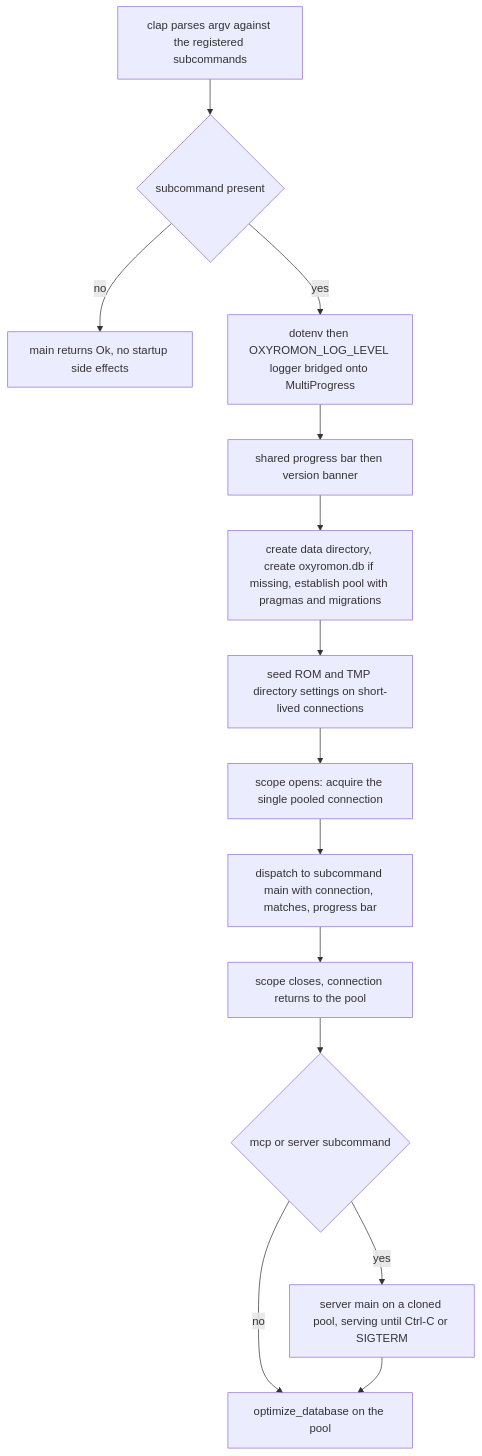
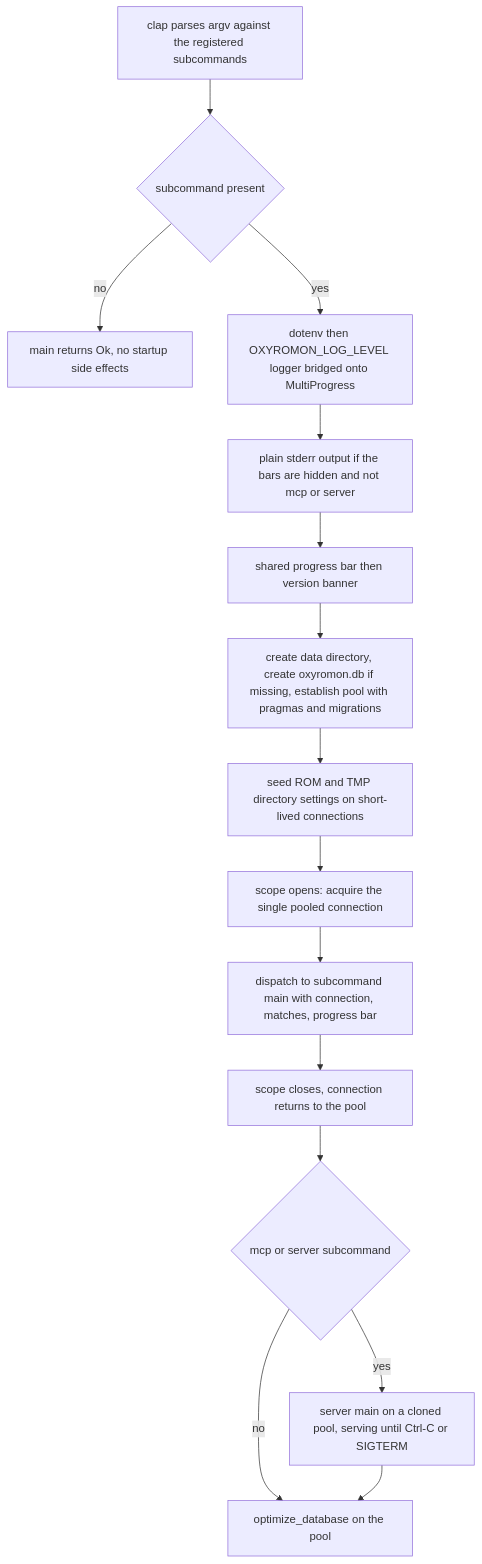
One commit to alucryd/oxyromon changed the diagram in openwiki/architecture/cli-entrypoint-and-subcommands.md. Above: the diagram before and after it, drawn with Mermaid. The commit also changed other lines of this file and 47 other files, not shown here.

````diff
--- a/openwiki/architecture/cli-entrypoint-and-subcommands.md
+++ b/openwiki/architecture/cli-entrypoint-and-subcommands.md
@@ -120,16 +127,17 @@
 ```mermaid
 flowchart TD
   A["clap parses argv against the registered subcommands"] --> B{"subcommand present"}
   B -->|"no"| C["main returns Ok, no startup side effects"]
   B -->|"yes"| D["dotenv then OXYROMON_LOG_LEVEL logger bridged onto MultiProgress"]
-  D --> E["shared progress bar then version banner"]
+  D --> P["plain stderr output if the bars are hidden and not mcp or server"]
+  P --> E["shared progress bar then version banner"]
   E --> F["create data directory, create oxyromon.db if missing, establish pool with pragmas and migrations"]
   F --> G["seed ROM and TMP directory settings on short-lived connections"]
   G --> H["scope opens: acquire the single pooled connection"]
   H --> I["dispatch to subcommand main with connection, matches, progress bar"]
   I --> J["scope closes, connection returns to the pool"]
   J --> K{"mcp or server subcommand"}
   K -->|"yes"| L["server main on a cloned pool, serving until Ctrl-C or SIGTERM"]
   K -->|"no"| M["optimize_database on the pool"]
   L --> M
 ```
````
